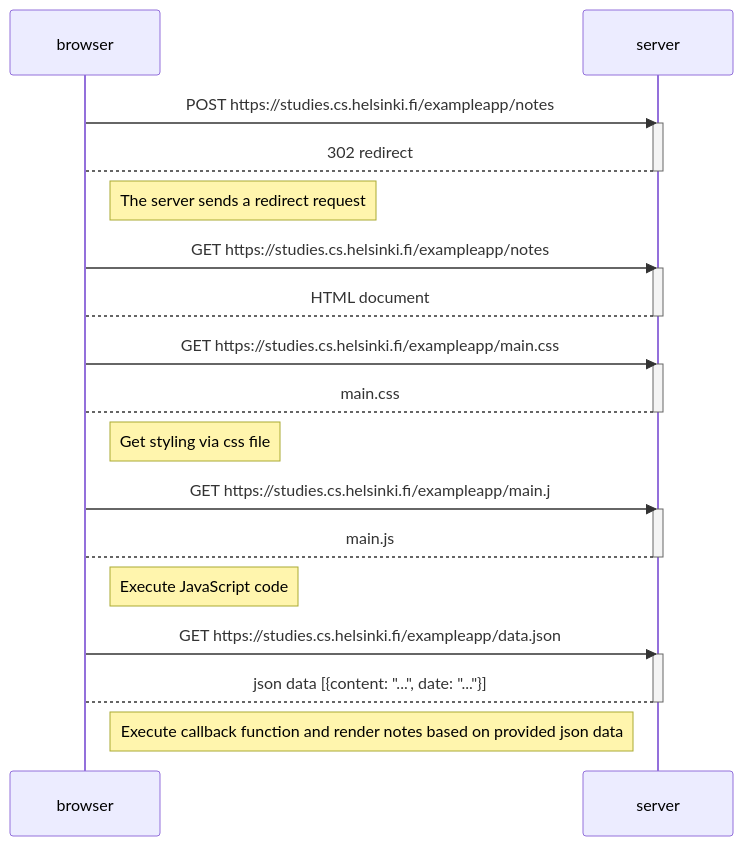
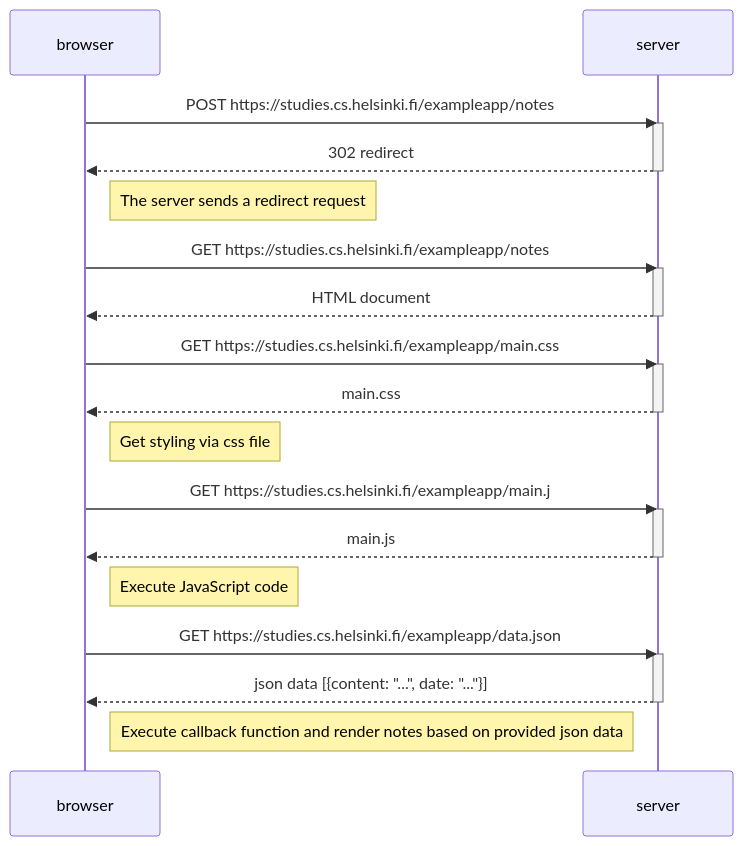
One commit to smannist/full_stack_open changed the diagram in part_0/0.4.md. Above: the diagram before and after it, drawn with Mermaid.

Commit message:
Fix syntax on 0.4

````diff
--- a/part_0/0.4.md
+++ b/part_0/0.4.md
@@ -1,40 +1,40 @@
 ```mermaid
 
 sequenceDiagram
     participant browser
     participant server
 
     browser->>server: POST https://studies.cs.helsinki.fi/exampleapp/notes
     activate server
-    server-->browser: 302 redirect
+    server-->>browser: 302 redirect
     deactivate server
 
     Note right of browser: The server sends a redirect request
 
     browser->>server: GET https://studies.cs.helsinki.fi/exampleapp/notes
     activate server
-    server-->browser: HTML document
+    server-->>browser: HTML document
     deactivate server
 
     browser->>server: GET https://studies.cs.helsinki.fi/exampleapp/main.css
     activate server
-    server-->browser: main.css
+    server-->>browser: main.css
     deactivate server
 
     Note right of browser: Get styling via css file
 
     browser->>server: GET https://studies.cs.helsinki.fi/exampleapp/main.j
     activate server
-    server-->browser: main.js
+    server-->>browser: main.js
     deactivate server
 
     Note right of browser: Execute JavaScript code
 
     browser->>server: GET https://studies.cs.helsinki.fi/exampleapp/data.json
     activate server
-    server-->browser: json data [{content: "...", date: "..."}]
+    server-->>browser: json data [{content: "...", date: "..."}]
     deactivate server
 
     Note right of browser: Execute callback function and render notes based on provided json data
 
 ```
````
